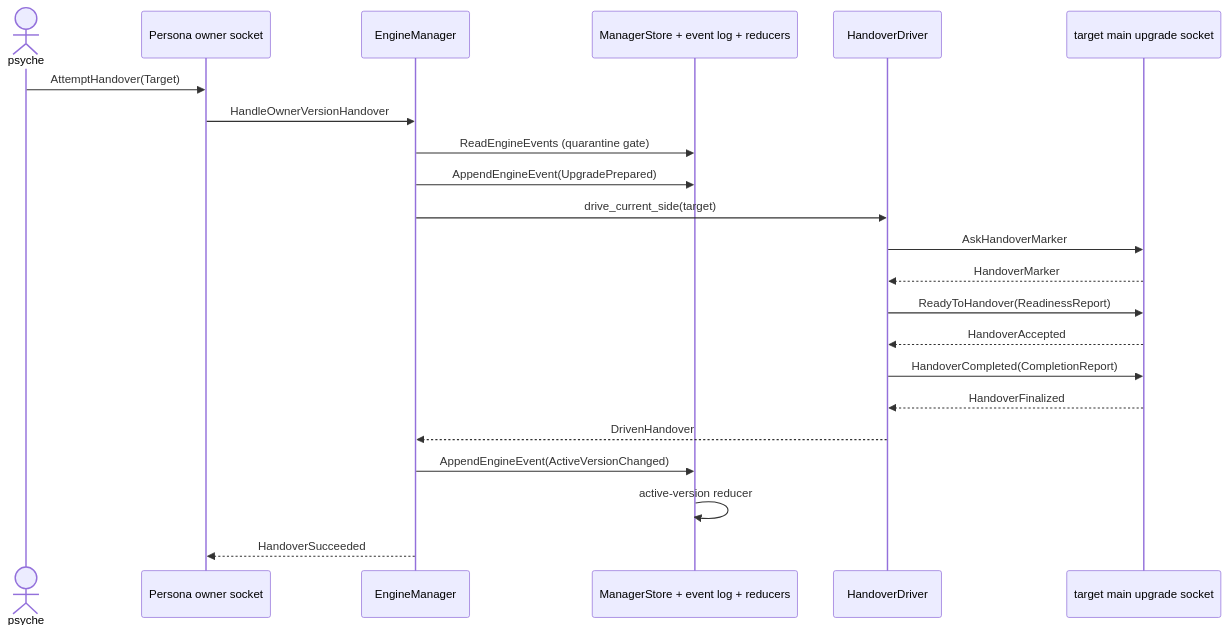
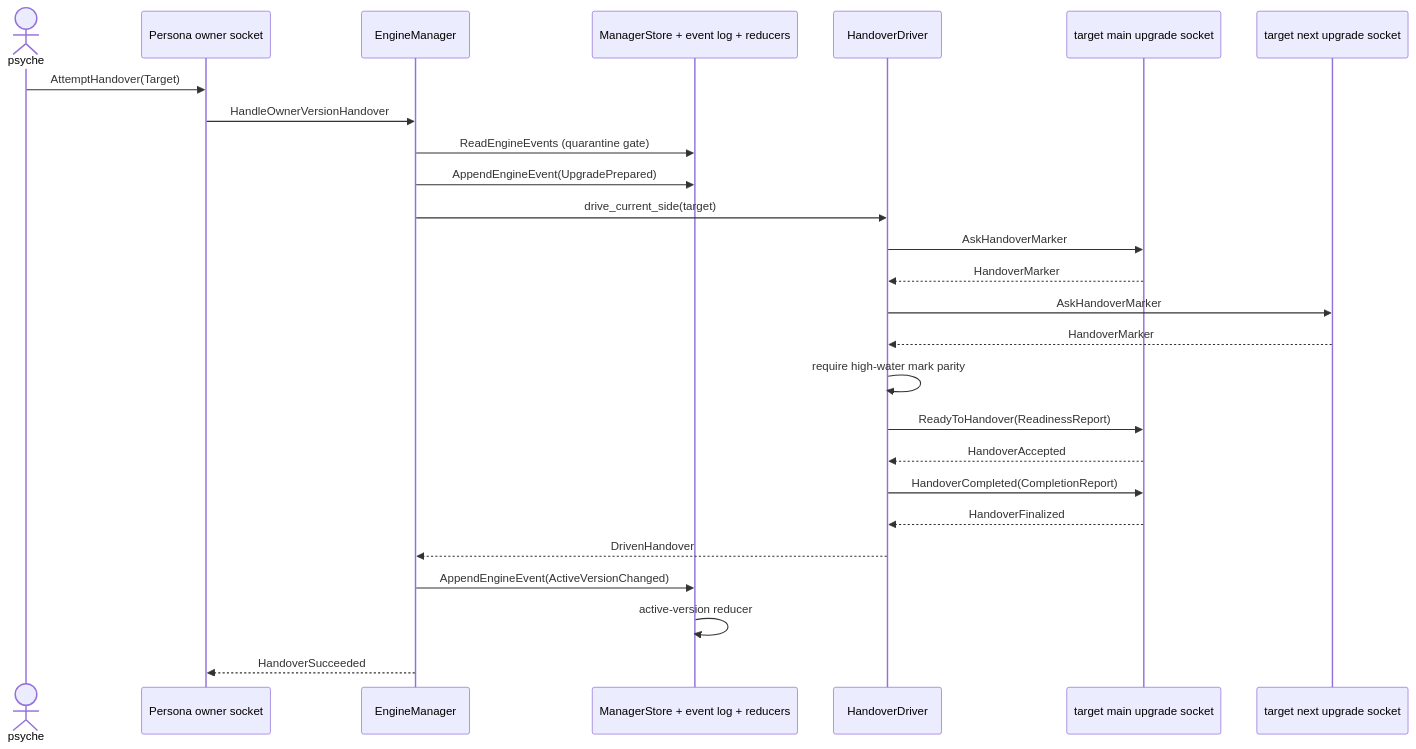
The fourth of 9 diagrams in ARCHITECTURE.md (LiGoldragon/persona), drawn with Mermaid before and after one commit. The commit also changed other lines of this file and 6 other files, not shown here.

Commit message:
persona: require next handover marker parity

````diff
--- a/ARCHITECTURE.md
+++ b/ARCHITECTURE.md
@@ -527,24 +529,28 @@
 ```mermaid
 sequenceDiagram
     actor psyche as psyche
     participant owner as Persona owner socket
     participant manager as EngineManager
     participant store as ManagerStore + event log + reducers
     participant driver as HandoverDriver
     participant current as target main upgrade socket
+    participant next as target next upgrade socket
     psyche->>owner: AttemptHandover(Target)
     owner->>manager: HandleOwnerVersionHandover
     manager->>store: ReadEngineEvents (quarantine gate)
     manager->>store: AppendEngineEvent(UpgradePrepared)
     manager->>driver: drive_current_side(target)
     driver->>current: AskHandoverMarker
     current-->>driver: HandoverMarker
+    driver->>next: AskHandoverMarker
+    next-->>driver: HandoverMarker
+    driver->>driver: require high-water mark parity
     driver->>current: ReadyToHandover(ReadinessReport)
     current-->>driver: HandoverAccepted
     driver->>current: HandoverCompleted(CompletionReport)
     current-->>driver: HandoverFinalized
     driver-->>manager: DrivenHandover
     manager->>store: AppendEngineEvent(ActiveVersionChanged)
     store->>store: active-version reducer
     manager-->>owner: HandoverSucceeded
 ```
````
